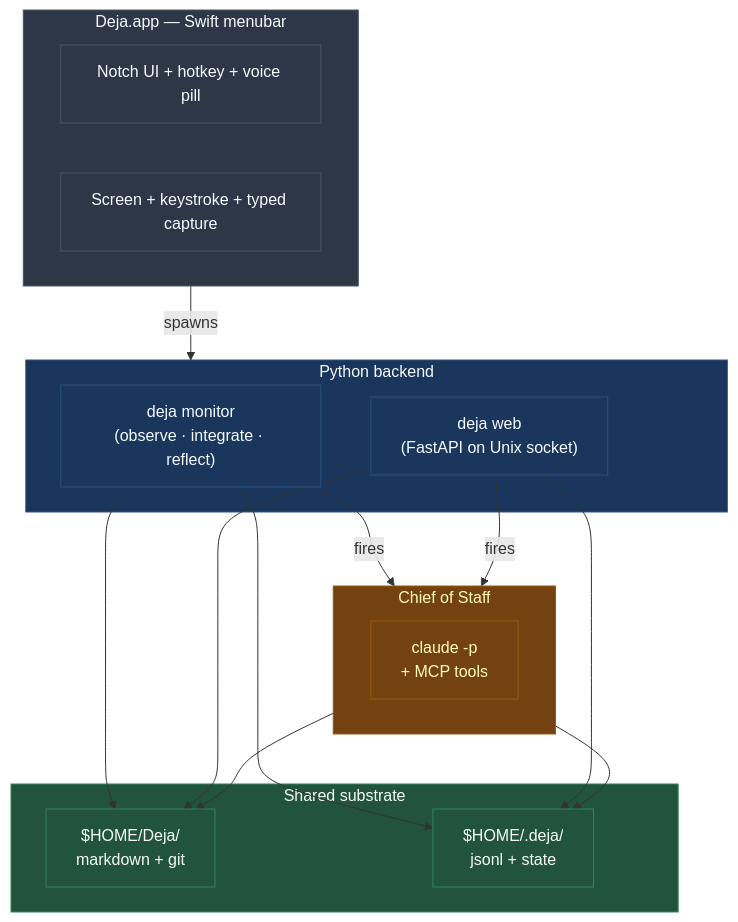
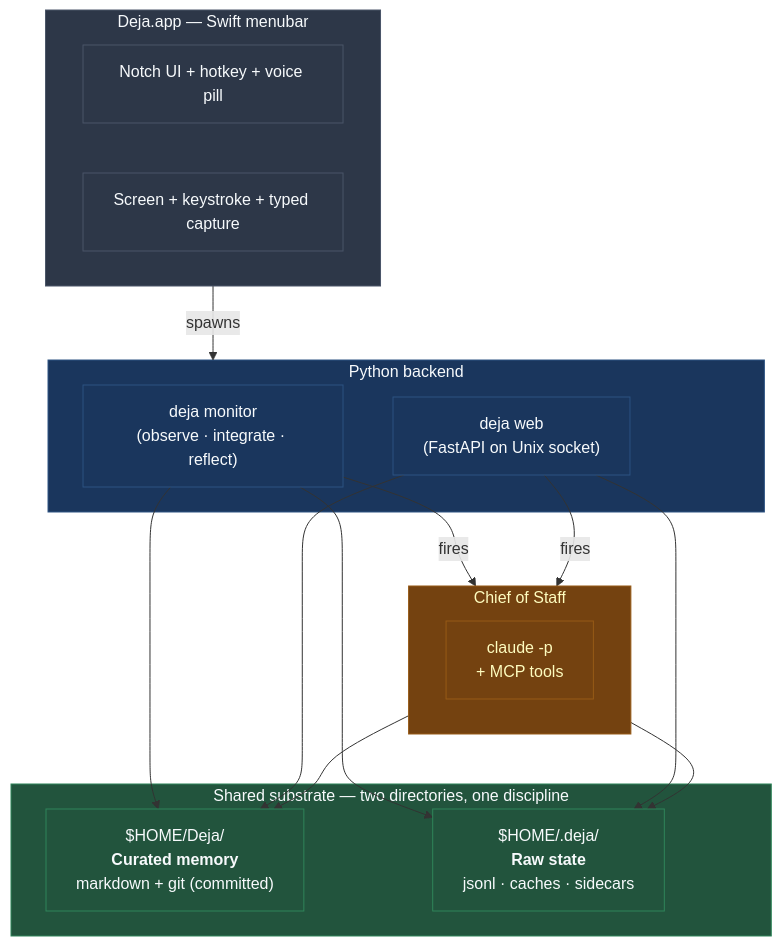
One commit to dwurtz/lighthouse changed the diagram in docs-site/docs/index.md. Above: the diagram before and after it, drawn with Mermaid. The commit also changed other lines of this file and 1 other file, not shown here.

First line of the commit message:
docs-site: make the ~/Deja vs ~/.deja split explicit

````diff
--- a/docs-site/docs/index.md
+++ b/docs-site/docs/index.md
@@ -9,40 +9,40 @@
 ```mermaid
 flowchart TB
     subgraph SwiftApp["Deja.app — Swift menubar"]
         UI[Notch UI + hotkey + voice pill]
         Cap[Screen + keystroke + typed capture]
     end
 
     subgraph Python["Python backend"]
         Monitor["deja monitor<br/>(observe · integrate · reflect)"]
         Web["deja web<br/>(FastAPI on Unix socket)"]
     end
 
-    subgraph Storage["Shared substrate"]
-        Wiki["$HOME/Deja/<br/>markdown + git"]
-        State["$HOME/.deja/<br/>jsonl + state"]
+    subgraph Storage["Shared substrate — two directories, one discipline"]
+        Wiki["$HOME/Deja/<br/><b>Curated memory</b><br/>markdown + git (committed)"]
+        State["$HOME/.deja/<br/><b>Raw state</b><br/>jsonl · caches · sidecars"]
     end
 
     subgraph Cos["Chief of Staff"]
         C["claude -p<br/>+ MCP tools"]
     end
 
     SwiftApp -- spawns --> Python
     Monitor --> Wiki
     Monitor --> State
     Web --> Wiki
     Web --> State
     Monitor -- fires --> Cos
     Web -- fires --> Cos
     Cos --> Wiki
     Cos --> State
 
     classDef swift fill:#2d3748,stroke:#4a5568,color:#f7fafc
     classDef py fill:#1a365d,stroke:#2c5282,color:#f7fafc
     classDef store fill:#22543d,stroke:#2f855a,color:#f7fafc
     classDef cos fill:#744210,stroke:#975a16,color:#fefcbf
     class SwiftApp,UI,Cap swift
     class Python,Monitor,Web py
     class Storage,Wiki,State store
     class Cos,C cos
 ```
````
